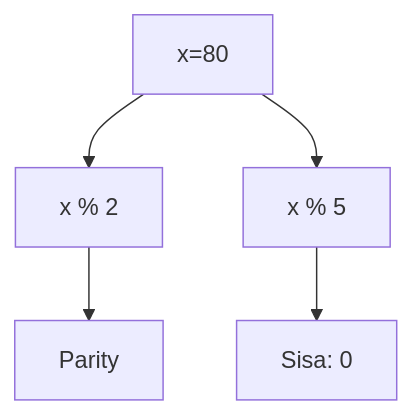
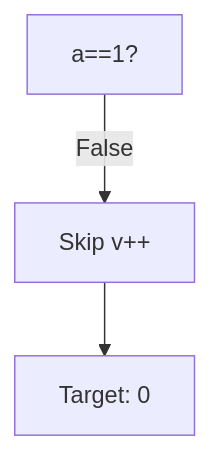
One commit to amnahwaida/OSNK_INF_PREP changed diagram 20 of 25 in part-c-pemahaman-cpp/01-tipe-data/latihan/set-05.md. Above: the diagram before and after it, drawn with Mermaid. The commit also changed other lines of this file and 71 other files, not shown here.

Commit message:
Fixed Mermaid syntax lexical errors with quoted labels in 1,800 questions

````diff
--- a/part-c-pemahaman-cpp/01-tipe-data/latihan/set-05.md
+++ b/part-c-pemahaman-cpp/01-tipe-data/latihan/set-05.md
@@ -480,7 +628,5 @@
 ```mermaid
 graph TD
-A[x=80] --> B[x % 2]
-B --> C[Parity]
-A --> D[x % 5]
-D --> E[Sisa: 0]
+A["a==1?"] -- "False" --> B["Skip v++"]
+B --> C["Target: 0"]
 ```
````
